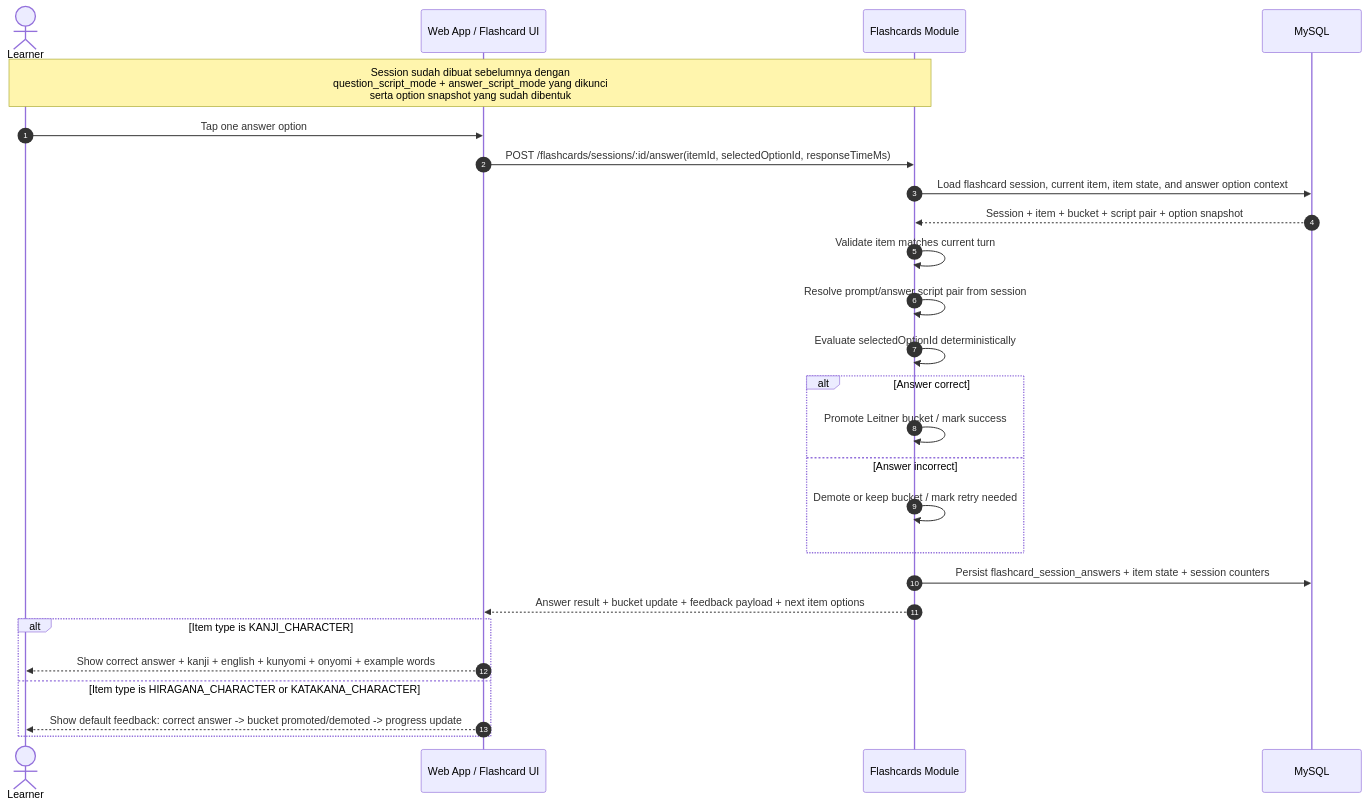
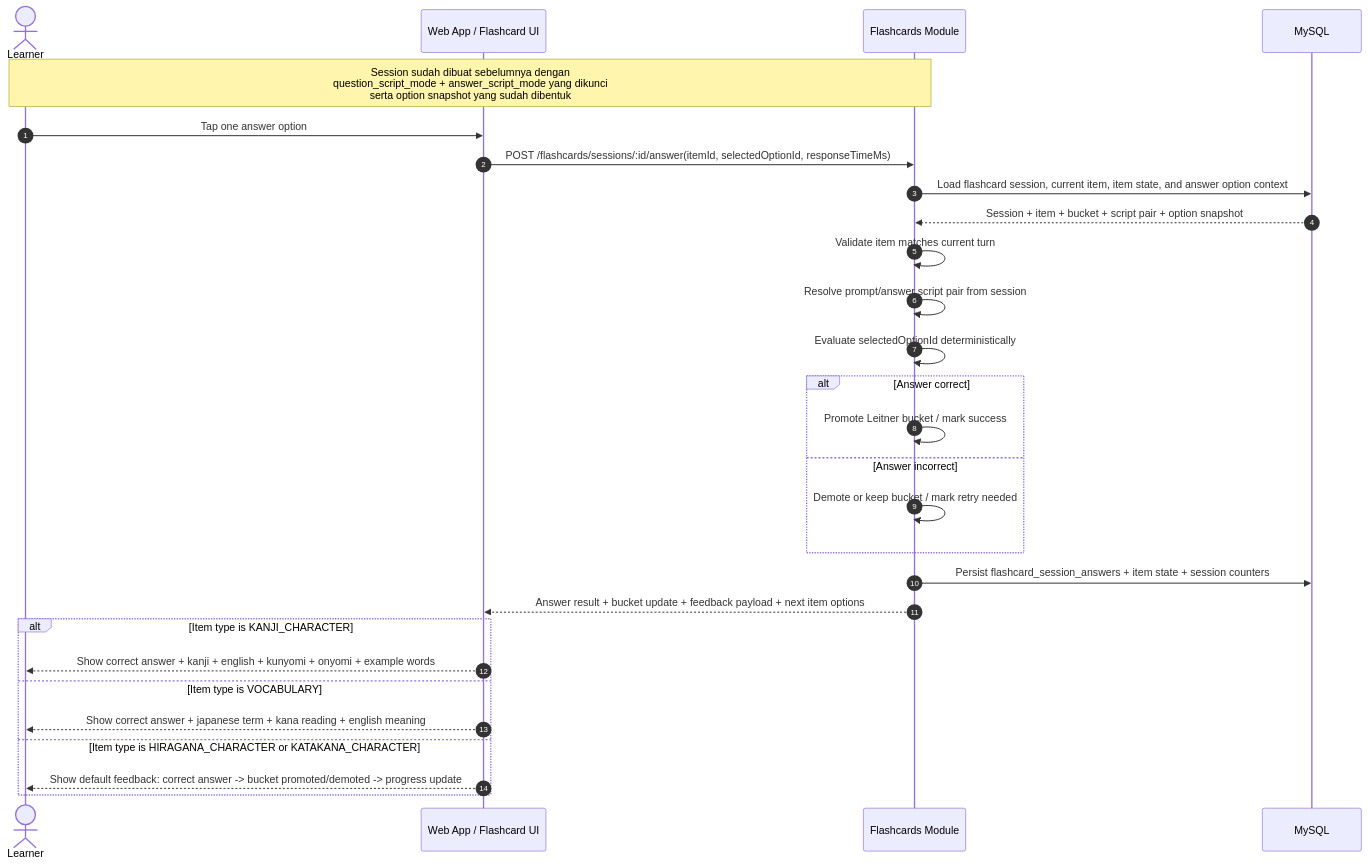
The diagram in docs/sequence-diagram/flashcard-and-answer-evaluation.md (bpkcongli/kotoba-flow), drawn with Mermaid before and after one commit. The commit also changed 3 other files, not shown here.

````diff
--- a/docs/sequence-diagram/flashcard-and-answer-evaluation.md
+++ b/docs/sequence-diagram/flashcard-and-answer-evaluation.md
@@ -11,35 +11,37 @@
 ```mermaid
 sequenceDiagram
     autonumber
     actor Learner
     participant App as Web App / Flashcard UI
     participant Flashcards as Flashcards Module
     participant DB as MySQL
 
     Note over Learner,Flashcards: Session sudah dibuat sebelumnya dengan <br> question_script_mode + answer_script_mode yang dikunci <br> serta option snapshot yang sudah dibentuk
 
     Learner->>App: Tap one answer option
     App->>Flashcards: POST /flashcards/sessions/:id/answer(itemId, selectedOptionId, responseTimeMs)
 
     Flashcards->>DB: Load flashcard session, current item, item state, and answer option context
     DB-->>Flashcards: Session + item + bucket + script pair + option snapshot
 
     Flashcards->>Flashcards: Validate item matches current turn
     Flashcards->>Flashcards: Resolve prompt/answer script pair from session
     Flashcards->>Flashcards: Evaluate selectedOptionId deterministically
 
     alt Answer correct
         Flashcards->>Flashcards: Promote Leitner bucket / mark success
     else Answer incorrect
         Flashcards->>Flashcards: Demote or keep bucket / mark retry needed
     end
 
     Flashcards->>DB: Persist flashcard_session_answers + item state + session counters
     Flashcards-->>App: Answer result + bucket update + feedback payload + next item options
 
     alt Item type is KANJI_CHARACTER
         App-->>Learner: Show correct answer + kanji + english + kunyomi + onyomi + example words
+    else Item type is VOCABULARY
+        App-->>Learner: Show correct answer + japanese term + kana reading + english meaning
     else Item type is HIRAGANA_CHARACTER or KATAKANA_CHARACTER
         App-->>Learner: Show default feedback: correct answer -> bucket promoted/demoted -> progress update
     end
 ```
````
